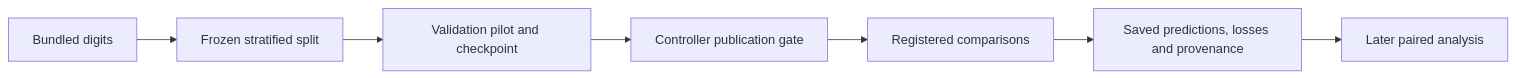
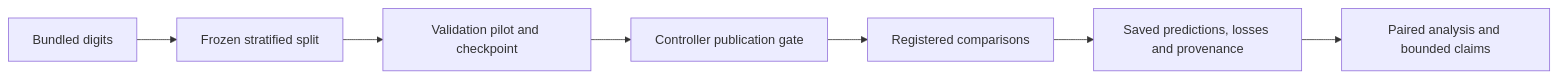
Before and after one commit to BurnyCoder/eureka-digits-sol: the diagram in README.md, drawn with Mermaid. The commit also changed other lines of this file and 130 other files, not shown here.

````diff
--- a/README.md
+++ b/README.md
@@ -12,9 +12,9 @@
 ```mermaid
 flowchart LR
   D[Bundled digits] --> S[Frozen stratified split]
   S --> P[Validation pilot and checkpoint]
   P --> G[Controller publication gate]
   G --> E[Registered comparisons]
   E --> R[Saved predictions, losses and provenance]
-  R --> A[Later paired analysis]
+  R --> A[Paired analysis and bounded claims]
 ```
````
